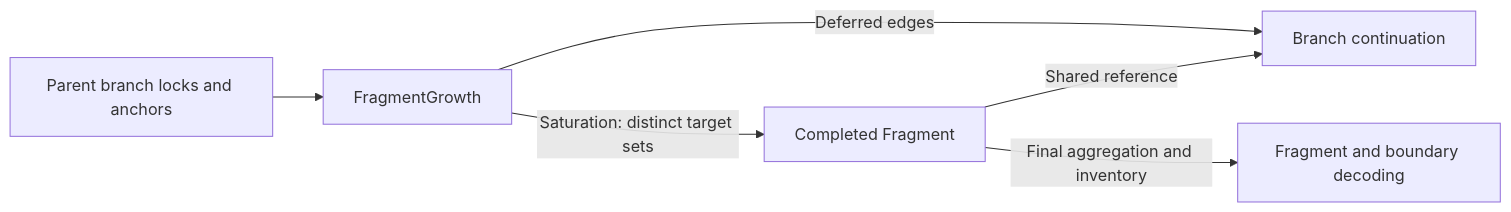
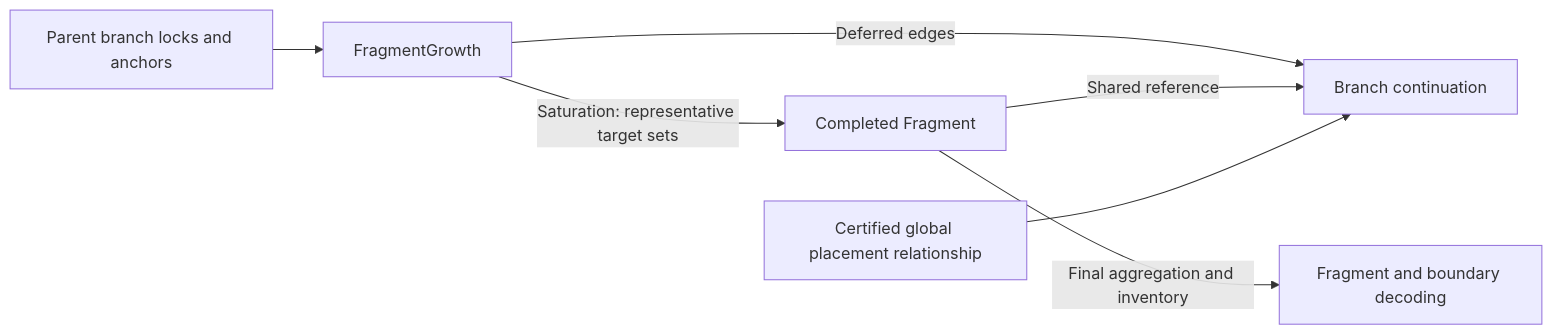
One commit to yunhzou/MAPPA-AAM changed the third of 6 diagrams in design.md. Above: the diagram before and after it, drawn with Mermaid. The commit also changed other lines of this file and 49 other files, not shown here.

````diff
--- a/design.md
+++ b/design.md
@@ -144,8 +146,9 @@
 ```mermaid
 flowchart LR
     Parent[Parent branch locks and anchors] --> Growth[FragmentGrowth]
-    Growth -->|Saturation: distinct target sets| Fragment[Completed Fragment]
+    Growth -->|Saturation: representative target sets| Fragment[Completed Fragment]
     Growth -->|Deferred edges| Continuation[Branch continuation]
     Fragment -->|Shared reference| Continuation
+    Global[Certified global placement relationship] --> Continuation
     Fragment -->|Final aggregation and inventory| Decoder[Fragment and boundary decoding]
 ```
````
